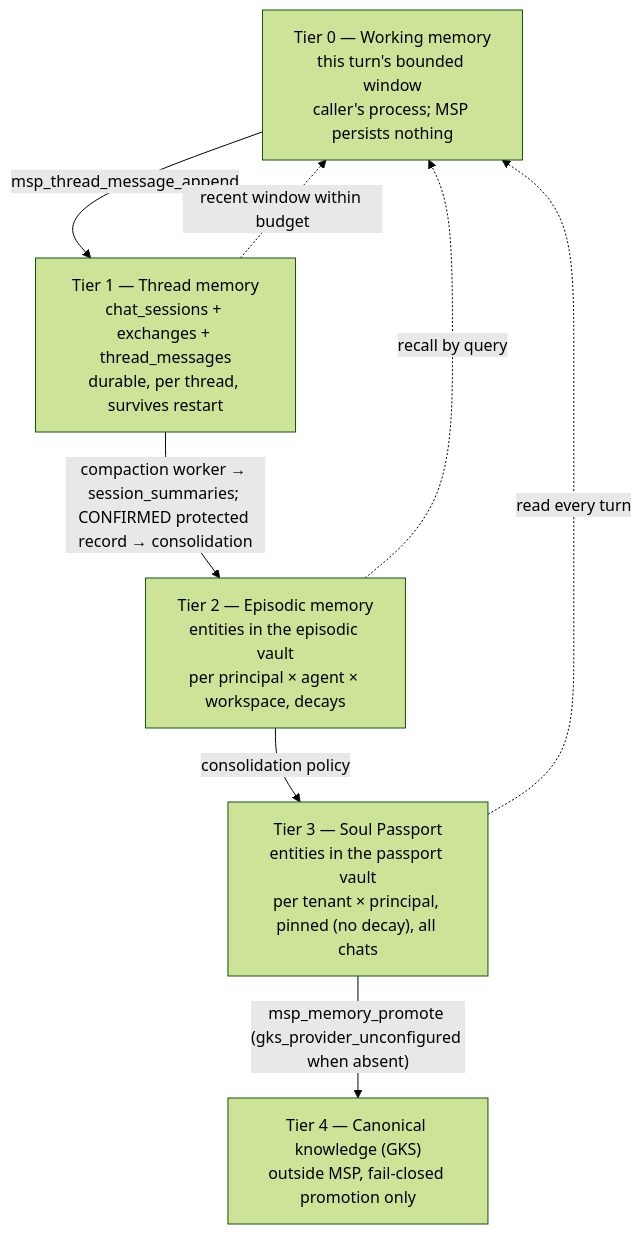
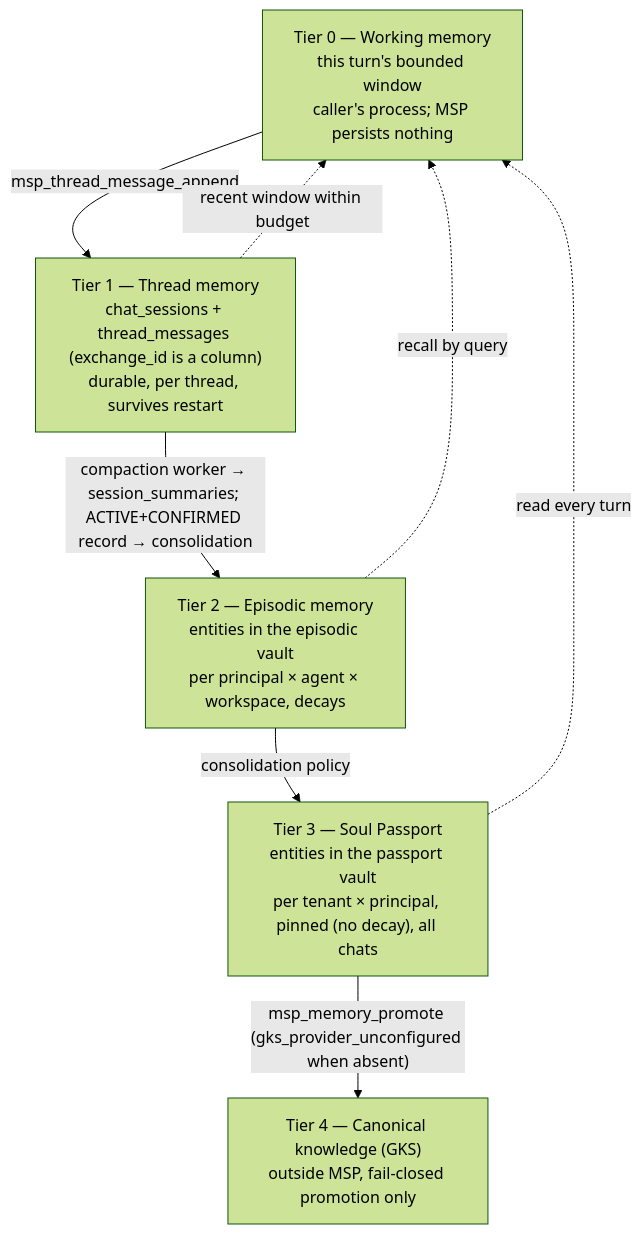
The diagram in docs/DESIGN-SESSION-EPISODIC-INSTANCE-MEMORY.md (Freshair129/Memory-and-Soul-Passport), drawn with Mermaid (forest theme) before and after one commit. The commit also changed other lines of this file and 2 other files, not shown here.

````diff
--- a/docs/DESIGN-SESSION-EPISODIC-INSTANCE-MEMORY.md
+++ b/docs/DESIGN-SESSION-EPISODIC-INSTANCE-MEMORY.md
@@ -242,15 +239,15 @@
 ```mermaid
 flowchart TB
   W["Tier 0 — Working memory<br/>this turn's bounded window<br/>caller's process; MSP persists nothing"]
-  S["Tier 1 — Thread memory<br/>chat_sessions + exchanges + thread_messages<br/>durable, per thread, survives restart"]
+  S["Tier 1 — Thread memory<br/>chat_sessions + thread_messages (exchange_id is a column)<br/>durable, per thread, survives restart"]
   E["Tier 2 — Episodic memory<br/>entities in the episodic vault<br/>per principal × agent × workspace, decays"]
   P["Tier 3 — Soul Passport<br/>entities in the passport vault<br/>per tenant × principal, pinned (no decay), all chats"]
   G["Tier 4 — Canonical knowledge (GKS)<br/>outside MSP, fail-closed promotion only"]
   W -- "msp_thread_message_append" --> S
-  S -- "compaction worker → session_summaries; CONFIRMED protected record → consolidation" --> E
+  S -- "compaction worker → session_summaries; ACTIVE+CONFIRMED record → consolidation" --> E
   E -- "consolidation policy" --> P
   P -- "msp_memory_promote (gks_provider_unconfigured when absent)" --> G
   P -. "read every turn" .-> W
   E -. "recall by query" .-> W
   S -. "recent window within budget" .-> W
 ```
````
